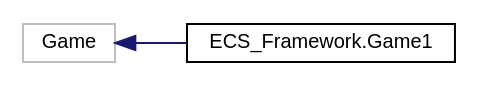
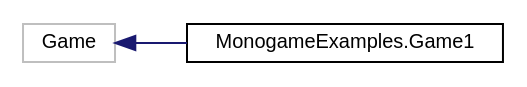
The diagram in docs/inherit_graph_4.dot (DreamyStranger/MonoGame-Platformer), drawn with Graphviz before and after one commit. The commit also changed 344 other files, not shown here.

```diff
--- a/docs/inherit_graph_4.dot
+++ b/docs/inherit_graph_4.dot
@@ -1,10 +1,10 @@
 digraph "Graphical Class Hierarchy"
 {
  // LATEX_PDF_SIZE
   edge [fontname="Helvetica",fontsize="10",labelfontname="Helvetica",labelfontsize="10"];
   node [fontname="Helvetica",fontsize="10",shape=record];
   rankdir="LR";
   Node13 [label="Game",height=0.2,width=0.4,color="grey75", fillcolor="white", style="filled",tooltip=" "];
   Node13 -> Node0 [dir="back",color="midnightblue",fontsize="10",style="solid",fontname="Helvetica"];
-  Node0 [label="ECS_Framework.Game1",height=0.2,width=0.4,color="black", fillcolor="white", style="filled",URL="$classECS__Framework_1_1Game1.html",tooltip="The main game class."];
+  Node0 [label="MonogameExamples.Game1",height=0.2,width=0.4,color="black", fillcolor="white", style="filled",URL="$classMonogameExamples_1_1Game1.html",tooltip="The main game class."];
 }
```
